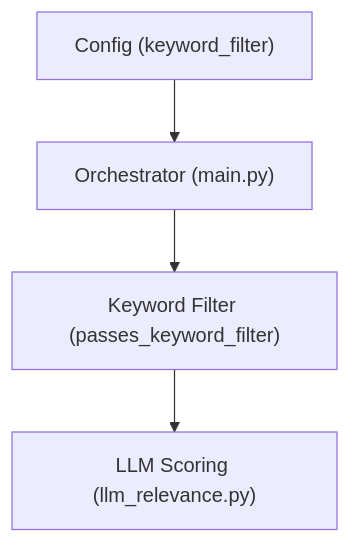
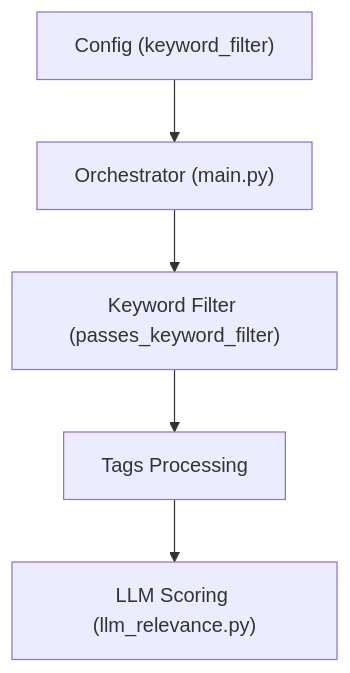
One commit to shakthi-vinayak/news changed the first of 5 diagrams in .qoder/repowiki/en/content/Content Processing Pipeline/Keyword Pre-filtering.md. Above: the diagram before and after it, drawn with Mermaid. The commit also changed other lines of this file and 37 other files, not shown here.

````diff
--- a/.qoder/repowiki/en/content/Content Processing Pipeline/Keyword Pre-filtering.md
+++ b/.qoder/repowiki/en/content/Content Processing Pipeline/Keyword Pre-filtering.md
@@ -36,10 +43,12 @@
 ```mermaid
 graph TB
 CFG["Config (keyword_filter)"]
 ORCH["Orchestrator (main.py)"]
 FILTER["Keyword Filter (passes_keyword_filter)"]
+TAGS["Tags Processing"]
 LLM["LLM Scoring (llm_relevance.py)"]
 CFG --> ORCH
 ORCH --> FILTER
-FILTER --> LLM
+FILTER --> TAGS
+TAGS --> LLM
 ```
````
